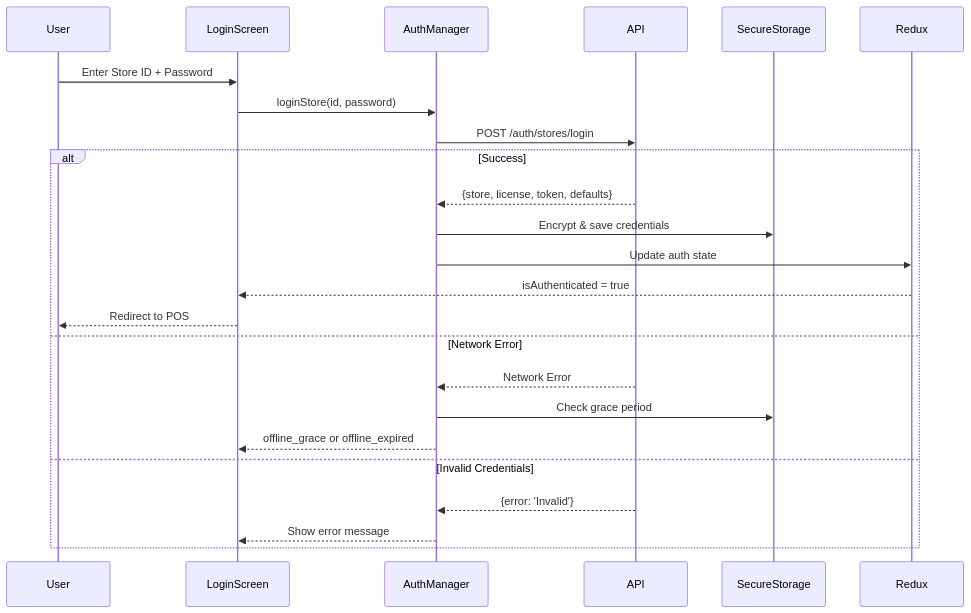
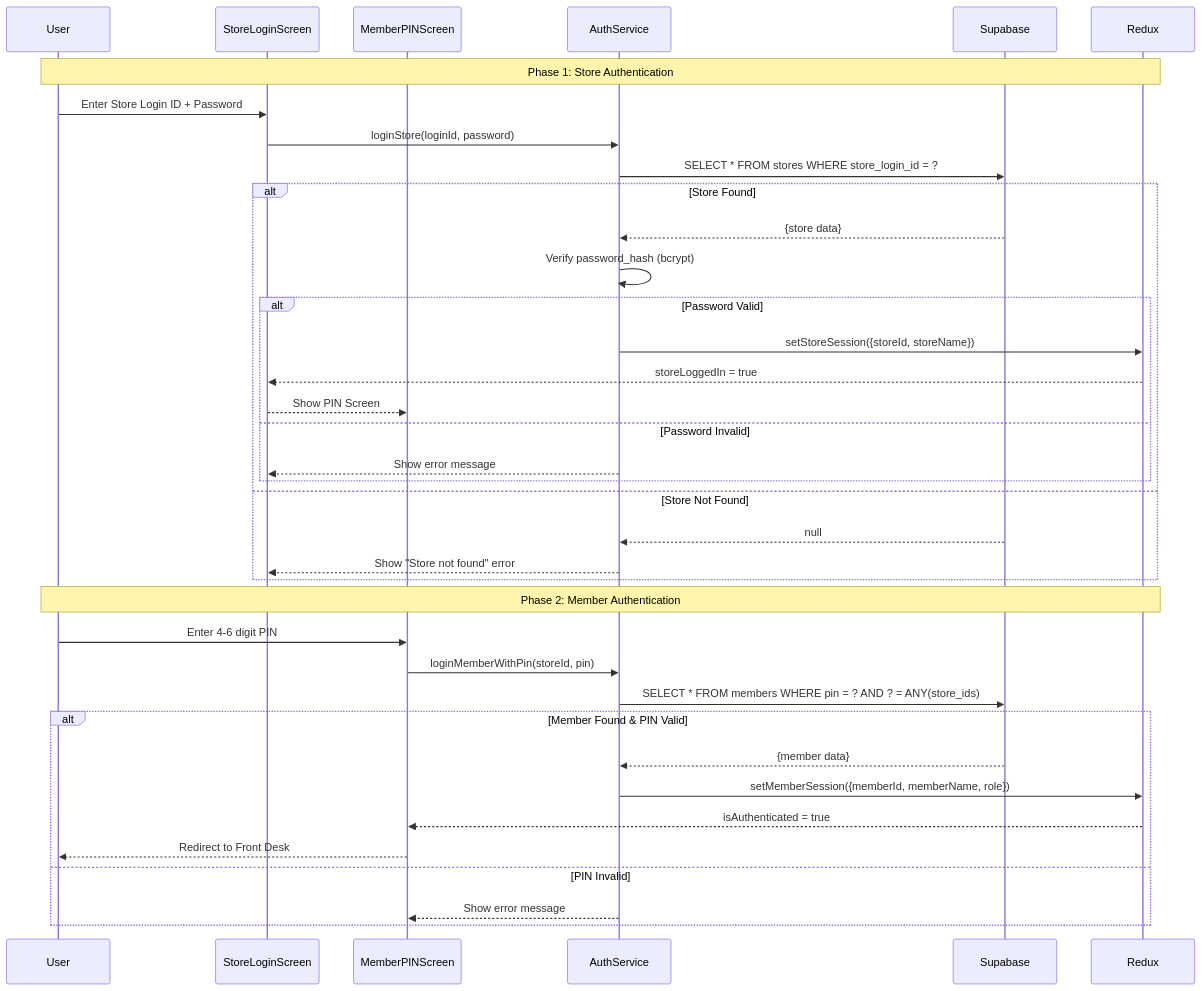
The seventh of 8 diagrams in docs/architecture/TECHNICAL_DOCUMENTATION.md (toanmango432/stage-mangobiz), drawn with Mermaid before and after one commit. The commit also changed other lines of this file and 360 other files, not shown here.

First line of the commit message:
feat: Major update - Client CRM module, test fixes, schema v12

````diff
--- a/docs/architecture/TECHNICAL_DOCUMENTATION.md
+++ b/docs/architecture/TECHNICAL_DOCUMENTATION.md
@@ -493,28 +794,43 @@
 ```mermaid
 sequenceDiagram
     participant User
-    participant LoginScreen
-    participant AuthManager
-    participant API
-    participant SecureStorage
+    participant StoreLoginScreen
+    participant MemberPINScreen
+    participant AuthService
+    participant Supabase
     participant Redux
 
-    User->>LoginScreen: Enter Store ID + Password
-    LoginScreen->>AuthManager: loginStore(id, password)
-    AuthManager->>API: POST /auth/stores/login
+    Note over User,Redux: Phase 1: Store Authentication
+    User->>StoreLoginScreen: Enter Store Login ID + Password
+    StoreLoginScreen->>AuthService: loginStore(loginId, password)
+    AuthService->>Supabase: SELECT * FROM stores WHERE store_login_id = ?
 
-    alt Success
-        API-->>AuthManager: {store, license, token, defaults}
-        AuthManager->>SecureStorage: Encrypt & save credentials
-        AuthManager->>Redux: Update auth state
-        Redux-->>LoginScreen: isAuthenticated = true
-        LoginScreen-->>User: Redirect to POS
-    else Network Error
-        API-->>AuthManager: Network Error
-        AuthManager->>SecureStorage: Check grace period
-        AuthManager-->>LoginScreen: offline_grace or offline_expired
-    else Invalid Credentials
-        API-->>AuthManager: {error: 'Invalid'}
-        AuthManager-->>LoginScreen: Show error message
+    alt Store Found
+        Supabase-->>AuthService: {store data}
+        AuthService->>AuthService: Verify password_hash (bcrypt)
+        alt Password Valid
+            AuthService->>Redux: setStoreSession({storeId, storeName})
+            Redux-->>StoreLoginScreen: storeLoggedIn = true
+            StoreLoginScreen-->>MemberPINScreen: Show PIN Screen
+        else Password Invalid
+            AuthService-->>StoreLoginScreen: Show error message
+        end
+    else Store Not Found
+        Supabase-->>AuthService: null
+        AuthService-->>StoreLoginScreen: Show "Store not found" error
+    end
+
+    Note over User,Redux: Phase 2: Member Authentication
+    User->>MemberPINScreen: Enter 4-6 digit PIN
+    MemberPINScreen->>AuthService: loginMemberWithPin(storeId, pin)
+    AuthService->>Supabase: SELECT * FROM members WHERE pin = ? AND ? = ANY(store_ids)
+
+    alt Member Found & PIN Valid
+        Supabase-->>AuthService: {member data}
+        AuthService->>Redux: setMemberSession({memberId, memberName, role})
+        Redux-->>MemberPINScreen: isAuthenticated = true
+        MemberPINScreen-->>User: Redirect to Front Desk
+    else PIN Invalid
+        AuthService-->>MemberPINScreen: Show error message
     end
 ```
````
